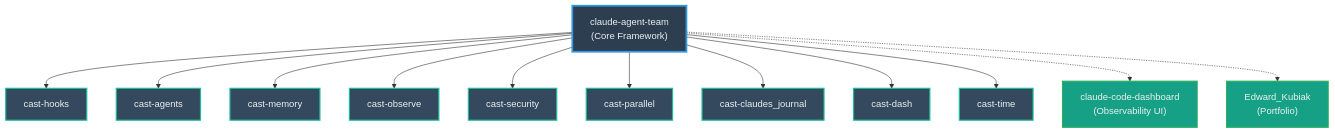
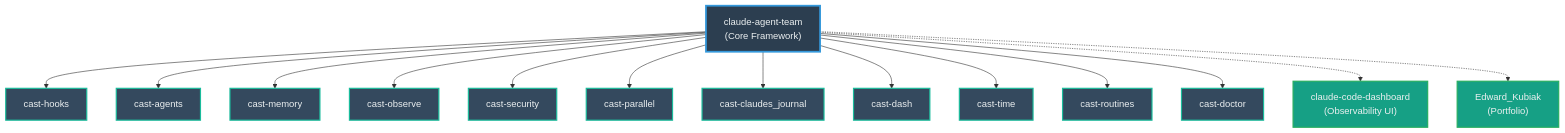
One commit to ek33450505/claude-agent-team changed the diagram in README.md. Above: the diagram before and after it, drawn with Mermaid. The commit also changed other lines of this file and 3 other files, not shown here.

First line of the commit message:
docs(ecosystem): integrate cast-routines + cast-doctor; fix stale "30 agents" leftovers (#57)

````diff
--- a/README.md
+++ b/README.md
@@ -336,25 +336,27 @@
 ```mermaid
 graph TD
     CAT["claude-agent-team<br/>(Core Framework)"]
     
     CAT --> CH["cast-hooks"]
     CAT --> CA["cast-agents"]
     CAT --> CM["cast-memory"]
     CAT --> CO["cast-observe"]
     CAT --> CS["cast-security"]
     CAT --> CP["cast-parallel"]
     CAT --> CJ["cast-claudes_journal"]
     CAT --> CD["cast-dash"]
     CAT --> CT["cast-time"]
+    CAT --> CR["cast-routines"]
+    CAT --> CDR["cast-doctor"]
     
     CAT -.-> DI["claude-code-dashboard<br/>(Observability UI)"]
     CAT -.-> PF["Edward_Kubiak<br/>(Portfolio)"]
     
     classDef core fill:#2c3e50,stroke:#3498db,stroke-width:3px,color:#ecf0f1
     classDef sources fill:#34495e,stroke:#1abc9c,stroke-width:2px,color:#ecf0f1
     classDef products fill:#16a085,stroke:#27ae60,stroke-width:2px,color:#ecf0f1
     
     class CAT core
-    class CH,CA,CM,CO,CS,CP,CJ,CD,CT sources
+    class CH,CA,CM,CO,CS,CP,CJ,CD,CT,CR,CDR sources
     class DI,PF products
 ```
````
